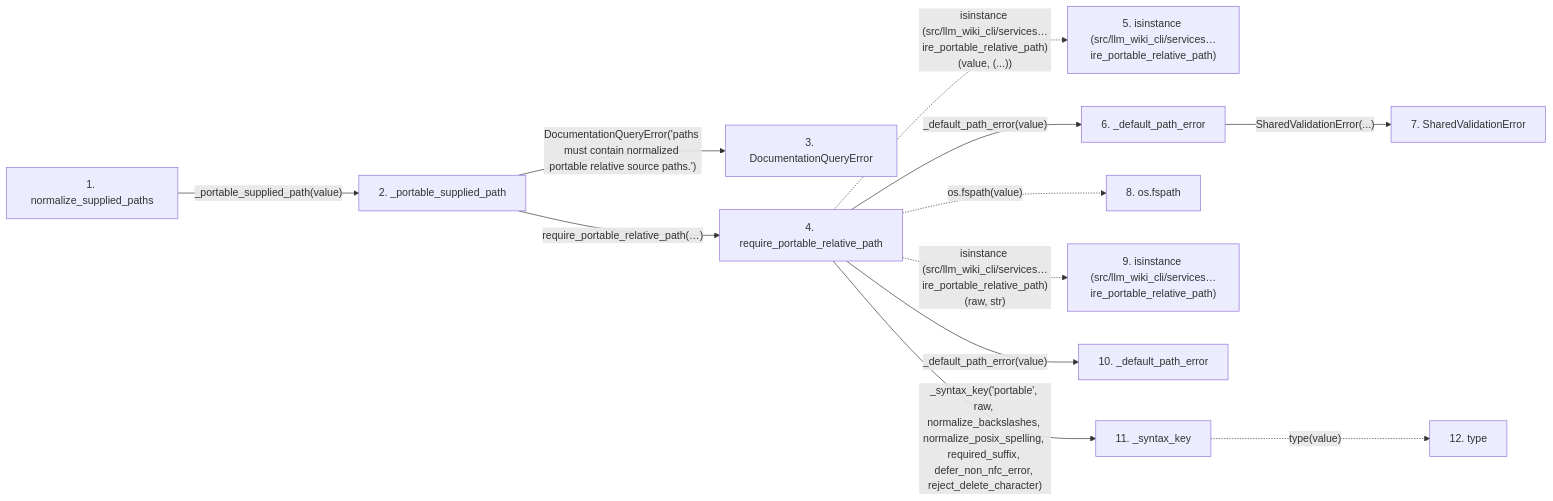
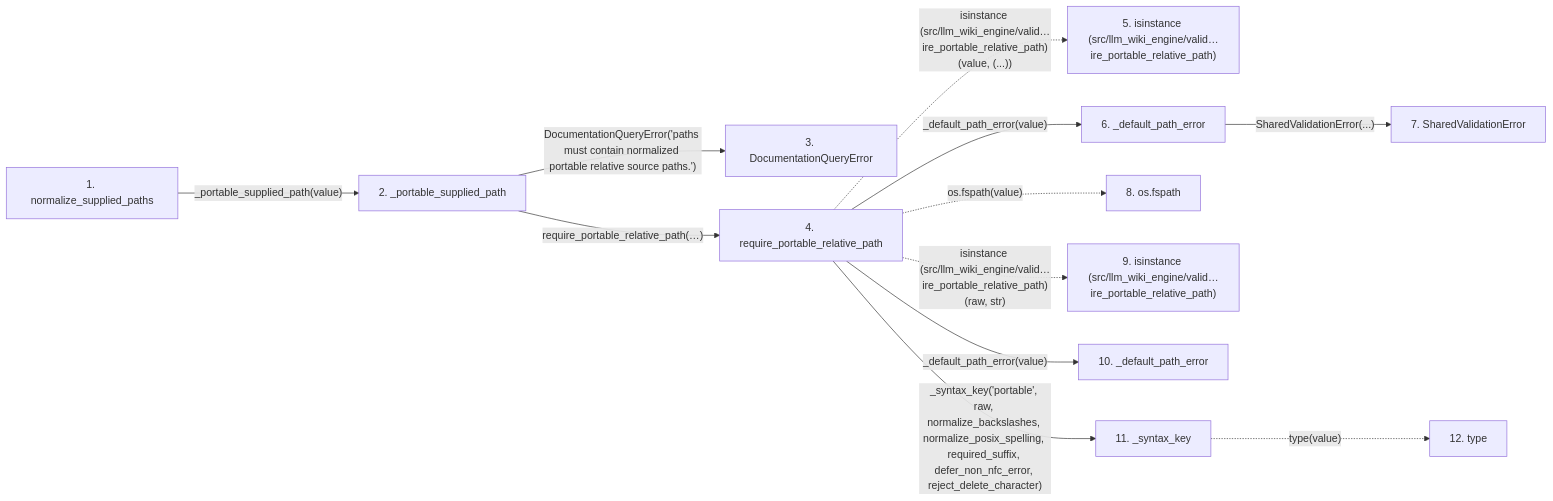
Before and after one commit to Denissvgn/python-wiki-llm: the second of 2 diagrams in docs/llm_wiki/flows/api-normalize_supplied_paths.md, drawn with Mermaid. The commit also changed other lines of this file and 1103 other files, not shown here.

First line of the commit message:
docs: refresh the wiki for the llm-wiki-engine distribution

````diff
--- a/docs/llm_wiki/flows/api-normalize_supplied_paths.md
+++ b/docs/llm_wiki/flows/api-normalize_supplied_paths.md
@@ -125,34 +125,34 @@
 ```mermaid
 flowchart LR
     s1["1. normalize_supplied_paths"]
     s2["2. _portable_supplied_path"]
     s3["3. DocumentationQueryError"]
     s4["4. require_portable_relative_path"]
-    s5["5. isinstance (src/llm_wiki_cli/services…ire_portable_relative_path)"]
+    s5["5. isinstance (src/llm_wiki_engine/valid…ire_portable_relative_path)"]
     s6["6. _default_path_error"]
     s7["7. SharedValidationError"]
     s8["8. os.fspath"]
-    s9["9. isinstance (src/llm_wiki_cli/services…ire_portable_relative_path)"]
+    s9["9. isinstance (src/llm_wiki_engine/valid…ire_portable_relative_path)"]
     s10["10. _default_path_error"]
     s11["11. _syntax_key"]
     s12["12. type"]
     s1 -->|"_portable_supplied_path(value)"| s2
     s2 -->|"DocumentationQueryError('paths must contain normalized portable relative source paths.')"| s3
     s2 -->|"require_portable_relative_path(…)"| s4
-    s4 -. "isinstance (src/llm_wiki_cli/services…ire_portable_relative_path)(value, (...))" .-> s5
+    s4 -. "isinstance (src/llm_wiki_engine/valid…ire_portable_relative_path)(value, (...))" .-> s5
     s4 -->|"_default_path_error(value)"| s6
     s6 -->|"SharedValidationError(...)"| s7
     s4 -. "os.fspath(value)" .-> s8
-    s4 -. "isinstance (src/llm_wiki_cli/services…ire_portable_relative_path)(raw, str)" .-> s9
+    s4 -. "isinstance (src/llm_wiki_engine/valid…ire_portable_relative_path)(raw, str)" .-> s9
     s4 -->|"_default_path_error(value)"| s10
     s4 -->|"_syntax_key('portable', raw, normalize_backslashes, normalize_posix_spelling, required_suffix, defer_non_nfc_error, reject_delete_character)"| s11
     s11 -. "type(value)" .-> s12
     click s1 "../modules/documentation_query_builder.md"
     click s2 "../modules/documentation_query_builder.md"
     click s3 "../modules/documentation_queries.md"
     click s4 "../modules/validation.md"
     click s6 "../modules/validation.md"
     click s7 "../modules/validation.md"
     click s10 "../modules/validation.md"
     click s11 "../modules/validation.md"
 ```
````
